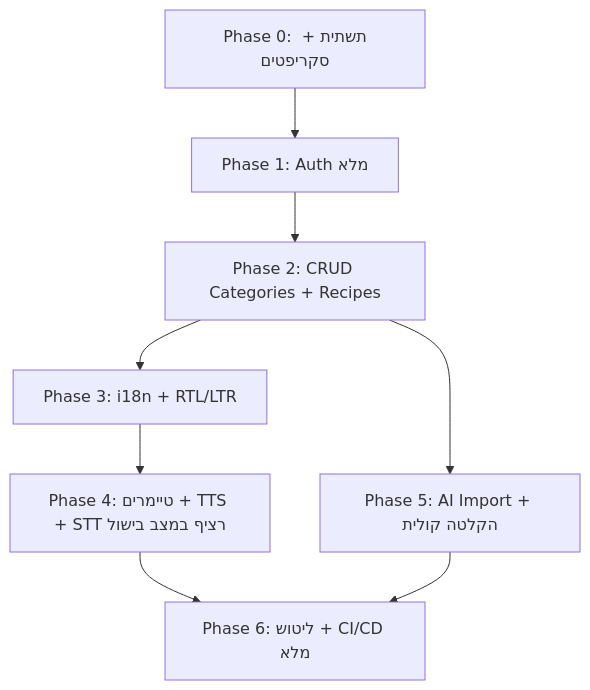
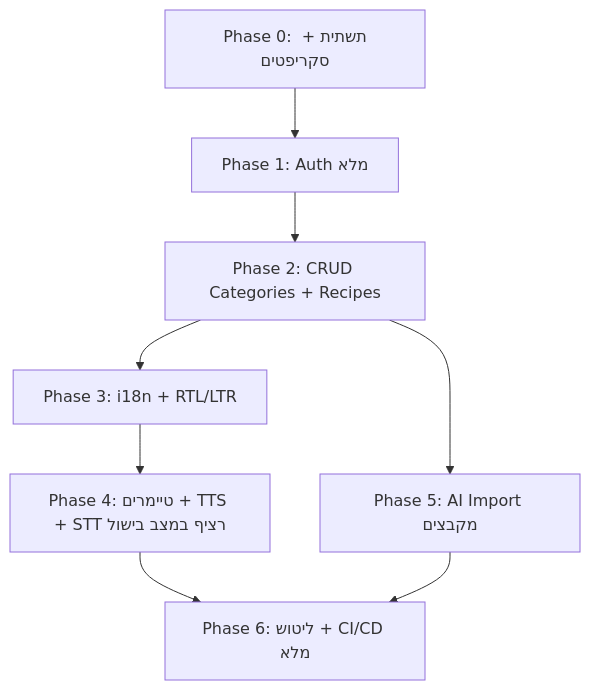
One commit to yael7619953/recipe-voice changed the diagram in plans/recipe_project_plan.md. Above: the diagram before and after it, drawn with Mermaid. The commit also changed other lines of this file and 2 other files, not shown here.

First line of the commit message:
docs(plans): update AI import scope to file-based extraction

````diff
--- a/plans/recipe_project_plan.md
+++ b/plans/recipe_project_plan.md
@@ -100,10 +97,10 @@
 ```mermaid
 flowchart TD
     P0[Phase 0: תשתית + סקריפטים] --> P1[Phase 1: Auth מלא]
     P1 --> P2[Phase 2: CRUD Categories + Recipes]
     P2 --> P3[Phase 3: i18n + RTL/LTR]
     P3 --> P4[Phase 4: טיימרים + TTS + STT רציף במצב בישול]
-    P2 --> P5[Phase 5: AI Import + הקלטה קולית]
+    P2 --> P5[Phase 5: AI Import מקבצים]
     P4 --> P6[Phase 6: ליטוש + CI/CD מלא]
     P5 --> P6
 ```
````
